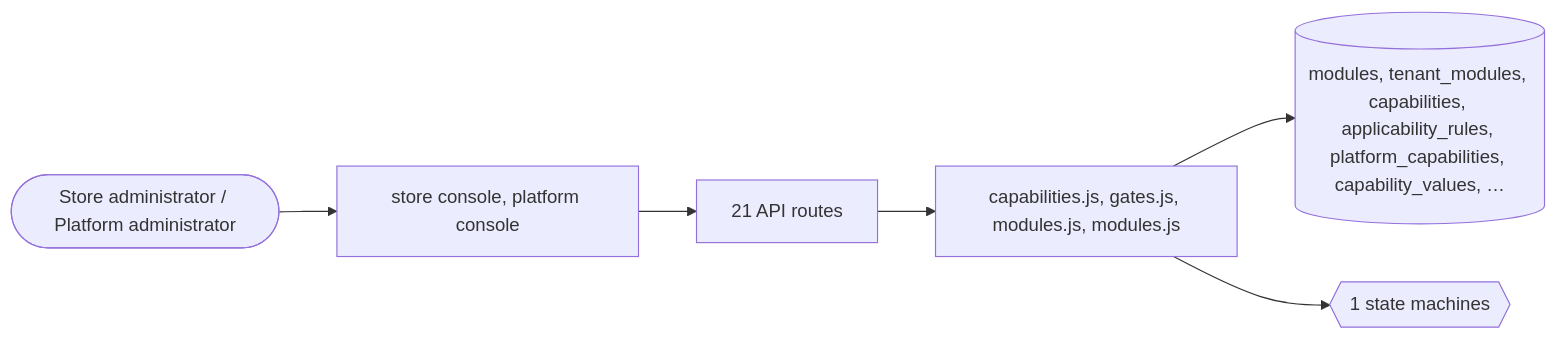
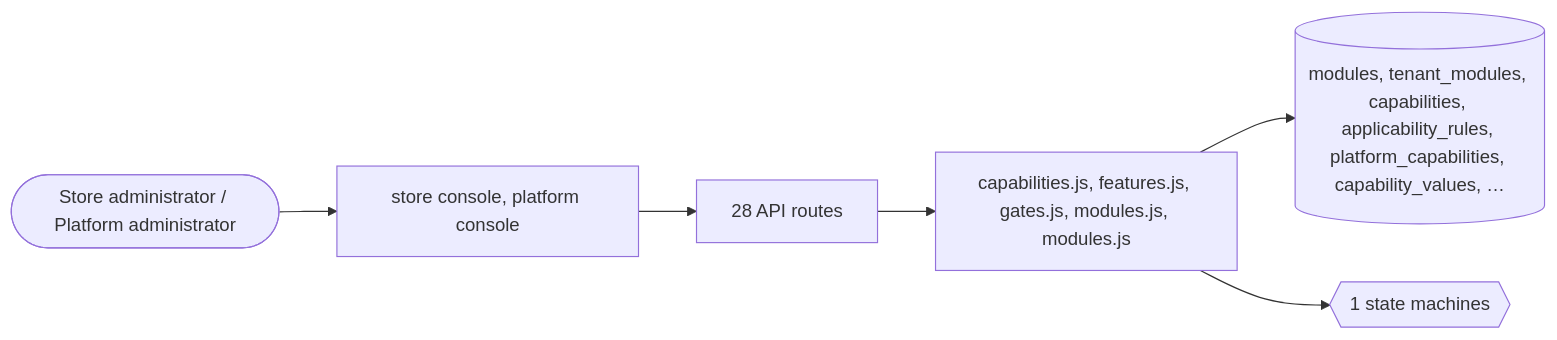
The second of 2 diagrams in docs/domains/modules.md (echelonxventures-Projects/universal-product), drawn with Mermaid before and after one commit. The commit also changed other lines of this file and 67 other files, not shown here.

First line of the commit message:
feat(features): the 26 capabilities platform types still asked for — 33 of 33 covered

````diff
--- a/docs/domains/modules.md
+++ b/docs/domains/modules.md
@@ -196,8 +226,8 @@
 ```mermaid
 flowchart LR
   U([Store administrator / Platform administrator]) --> UI[store console, platform console]
-  UI --> API[21 API routes]
-  API --> ENG[capabilities.js, gates.js, modules.js, modules.js]
+  UI --> API[28 API routes]
+  API --> ENG[capabilities.js, features.js, gates.js, modules.js, modules.js]
   ENG --> DB[(modules, tenant_modules, capabilities, applicability_rules, platform_capabilities, capability_values, …)]
   ENG --> SM{{1 state machines}}
 ```
````
